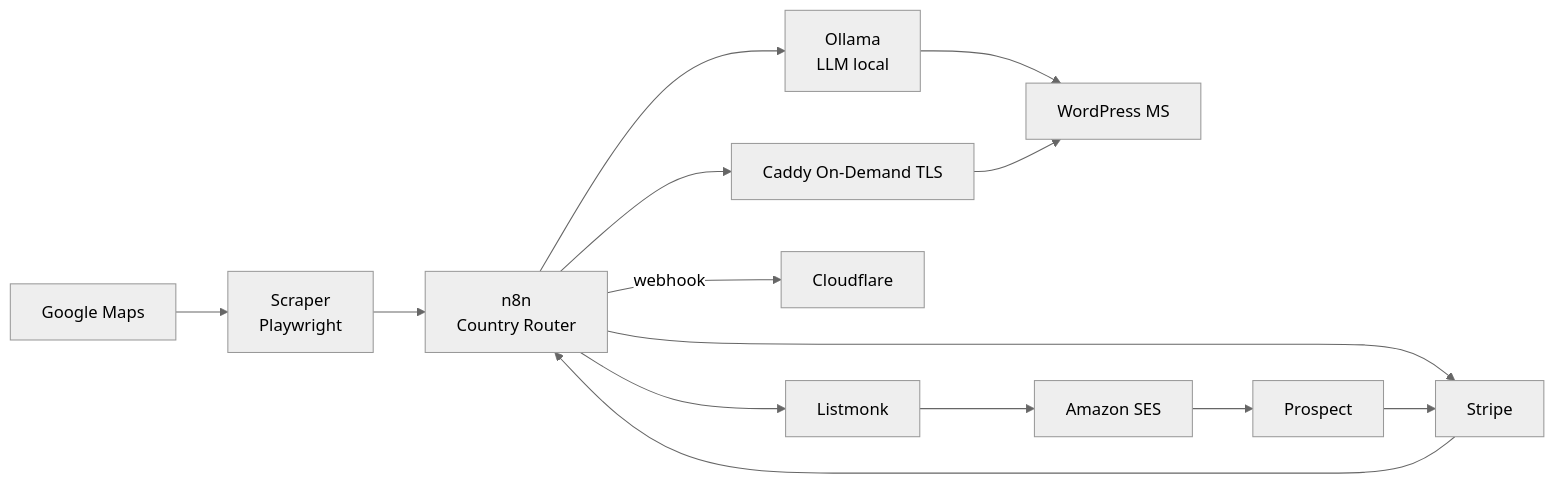
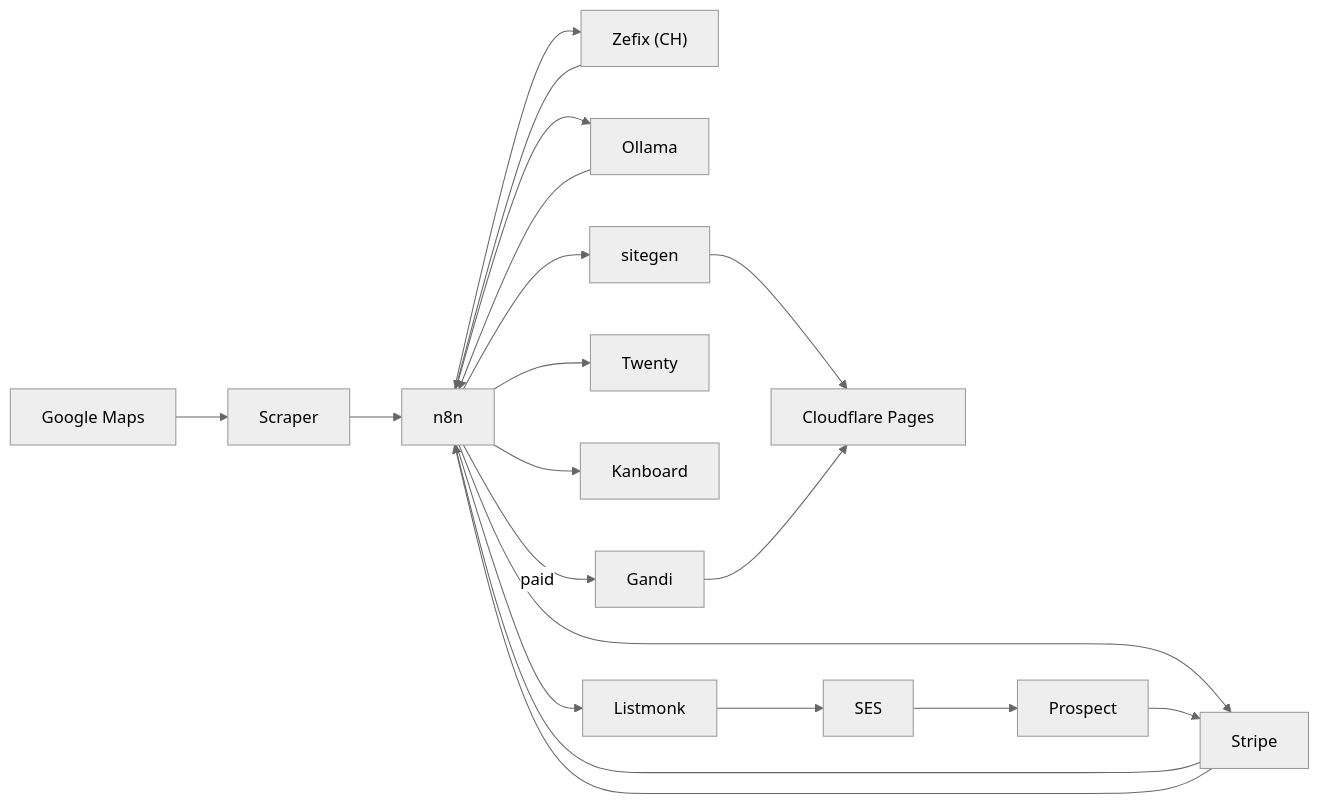
Before and after one commit to cluster2600/oueb: the diagram in README.md, drawn with Mermaid (neutral theme). The commit also changed other lines of this file and 20 other files, not shown here.

First line of the commit message:
Pivot to Cloudflare Pages static hosting + add Twenty CRM & Kanboard

````diff
--- a/README.md
+++ b/README.md
@@ -15,11 +17,11 @@
 ```mermaid
 flowchart LR
-  GM["Google Maps"] --> SCR["Scraper<br/>Playwright"]
-  SCR --> N8N["n8n<br/>Country Router"]
-  N8N --> OLL["Ollama<br/>LLM local"]
-  OLL --> WP["WordPress MS"]
-  N8N --> STR["Stripe"]
-  N8N --> LM["Listmonk"] --> SES["Amazon SES"] --> P["Prospect"]
-  P --> STR --> N8N -->|"webhook"| DNS["Cloudflare"]
-  N8N --> CAD["Caddy On-Demand TLS"] --> WP
+  GM["Google Maps"] --> SCR["Scraper"] --> N8N["n8n"]
+  N8N --> ZX["Zefix (CH)"] --> N8N --> OLL["Ollama"] --> N8N
+  N8N --> STR["Stripe"] --> N8N
+  N8N --> SG["sitegen"] --> CFP["Cloudflare Pages"]
+  N8N --> TW["Twenty"]
+  N8N --> KB["Kanboard"]
+  N8N --> LM["Listmonk"] --> SES["SES"] --> P["Prospect"]
+  P --> STR --> N8N -->|"paid"| GD["Gandi"] --> CFP
 ```
````
